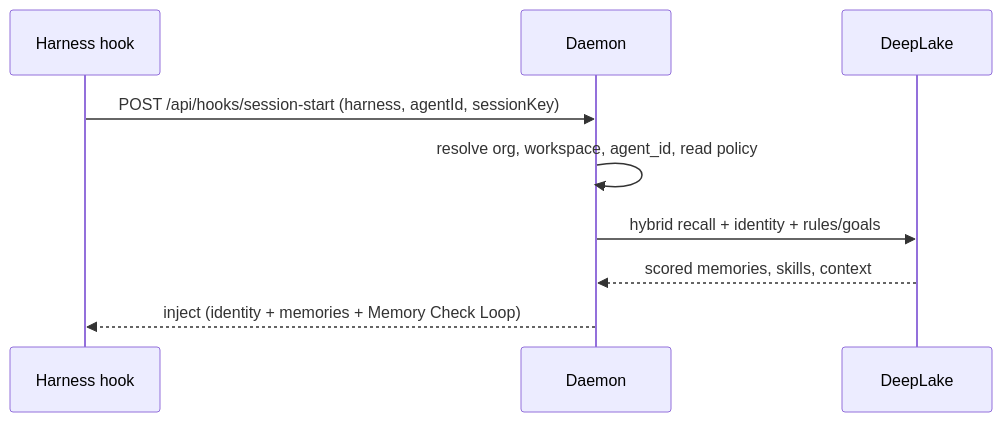
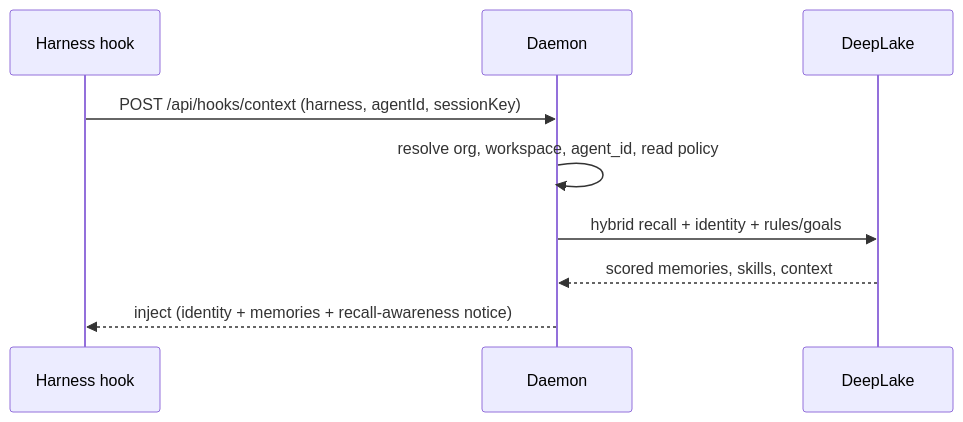
One commit to legioncodeinc/honeycomb changed the first of 4 diagrams in library/knowledge/private/architecture/request-lifecycle.md. Above: the diagram before and after it, drawn with Mermaid. The commit also changed other lines of this file and 279 other files, not shown here.

````diff
--- a/library/knowledge/private/architecture/request-lifecycle.md
+++ b/library/knowledge/private/architecture/request-lifecycle.md
@@ -27,12 +27,12 @@
 ```mermaid
 sequenceDiagram
     participant H as Harness hook
     participant D as Daemon
     participant S as DeepLake
 
-    H->>D: POST /api/hooks/session-start (harness, agentId, sessionKey)
+    H->>D: POST /api/hooks/context (harness, agentId, sessionKey)
     D->>D: resolve org, workspace, agent_id, read policy
     D->>S: hybrid recall + identity + rules/goals
     S-->>D: scored memories, skills, context
-    D-->>H: inject (identity + memories + Memory Check Loop)
+    D-->>H: inject (identity + memories + recall-awareness notice)
 ```
````
